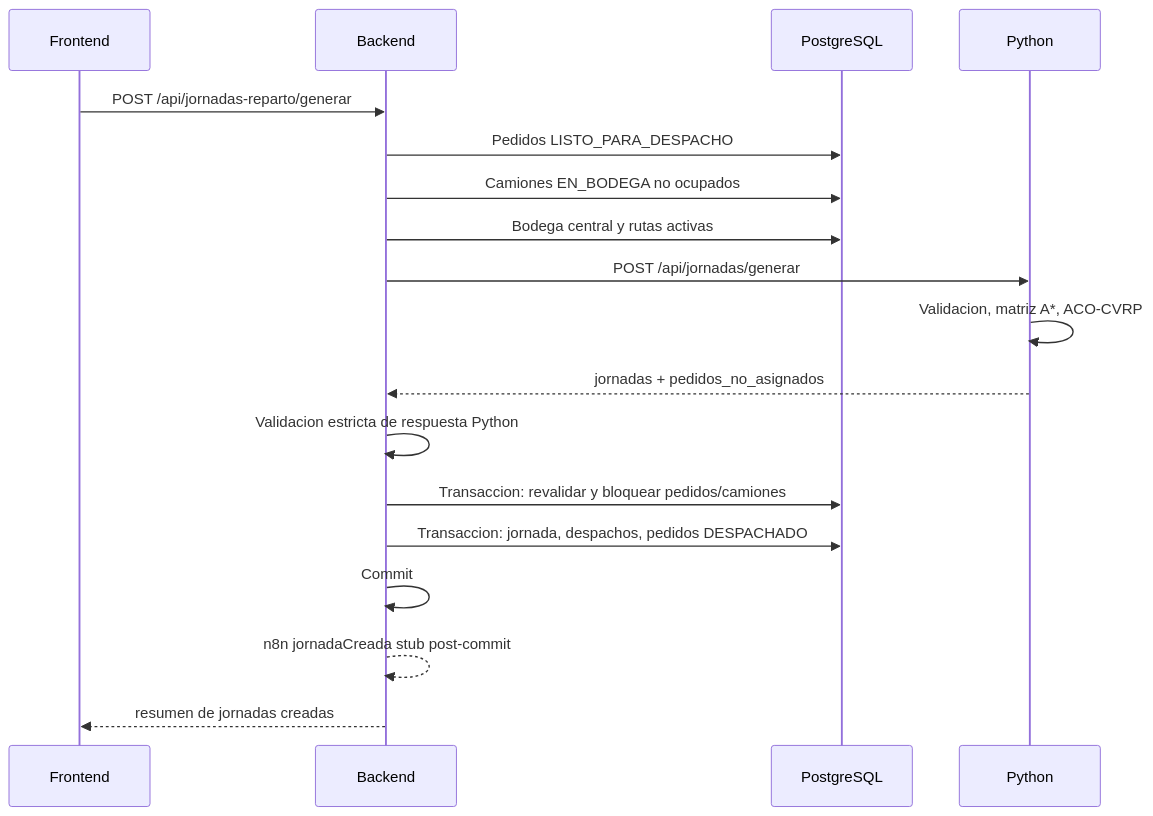
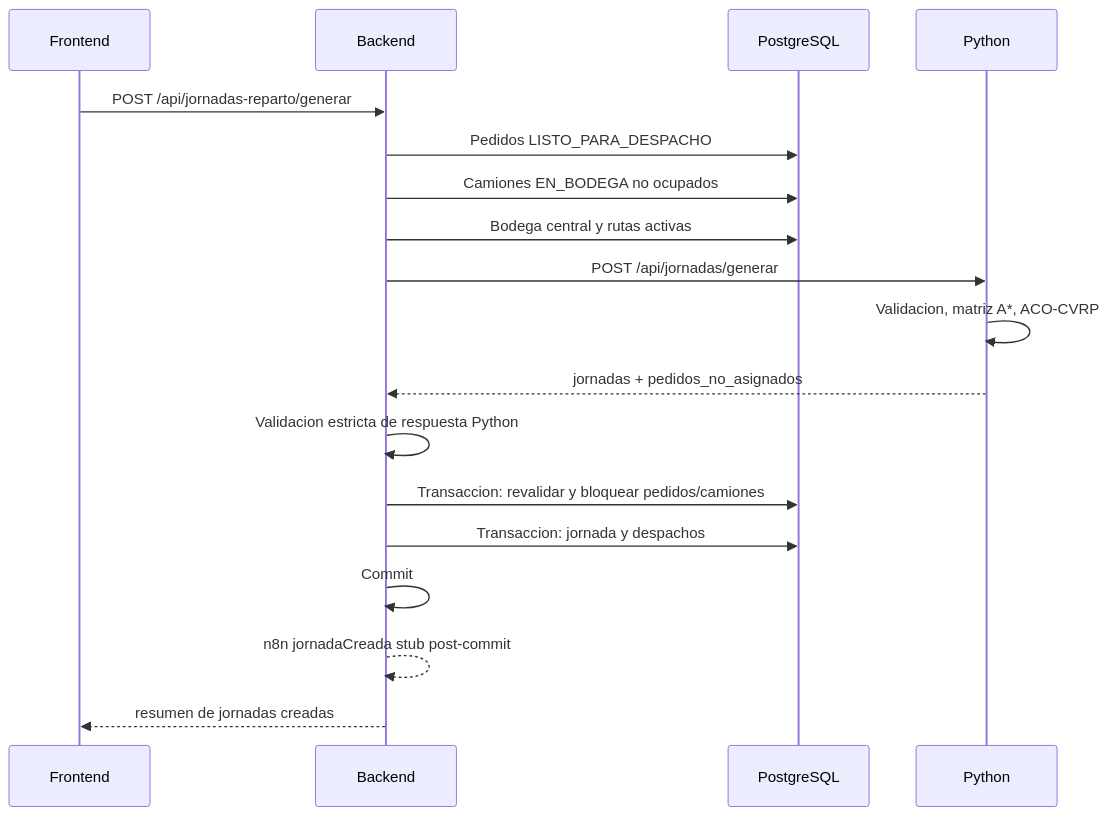
Before and after one commit to gabriel23mz/techsupply-scm: the second of 3 diagrams in docs/07-flujos-contratos-e-integraciones.md, drawn with Mermaid. The commit also changed other lines of this file and 66 other files, not shown here.

````diff
--- a/docs/07-flujos-contratos-e-integraciones.md
+++ b/docs/07-flujos-contratos-e-integraciones.md
@@ -20,21 +19,21 @@
 ```mermaid
 sequenceDiagram
   participant FE as Frontend
   participant BE as Backend
   participant DB as PostgreSQL
   participant PY as Python
 
   FE->>BE: POST /api/jornadas-reparto/generar
   BE->>DB: Pedidos LISTO_PARA_DESPACHO
   BE->>DB: Camiones EN_BODEGA no ocupados
   BE->>DB: Bodega central y rutas activas
   BE->>PY: POST /api/jornadas/generar
   PY->>PY: Validacion, matriz A*, ACO-CVRP
   PY-->>BE: jornadas + pedidos_no_asignados
   BE->>BE: Validacion estricta de respuesta Python
   BE->>DB: Transaccion: revalidar y bloquear pedidos/camiones
-  BE->>DB: Transaccion: jornada, despachos, pedidos DESPACHADO
+  BE->>DB: Transaccion: jornada y despachos
   BE->>BE: Commit
   BE-->>BE: n8n jornadaCreada stub post-commit
   BE-->>FE: resumen de jornadas creadas
 ```
````
